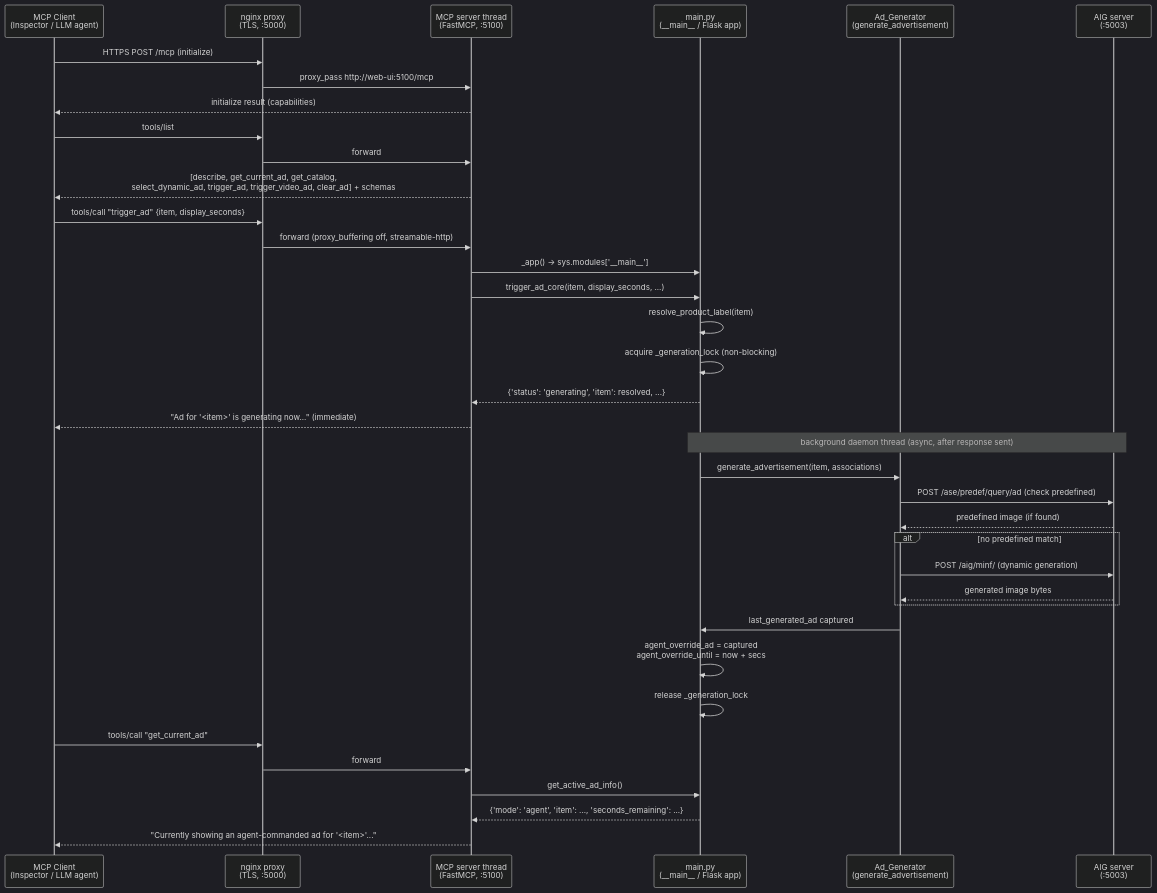
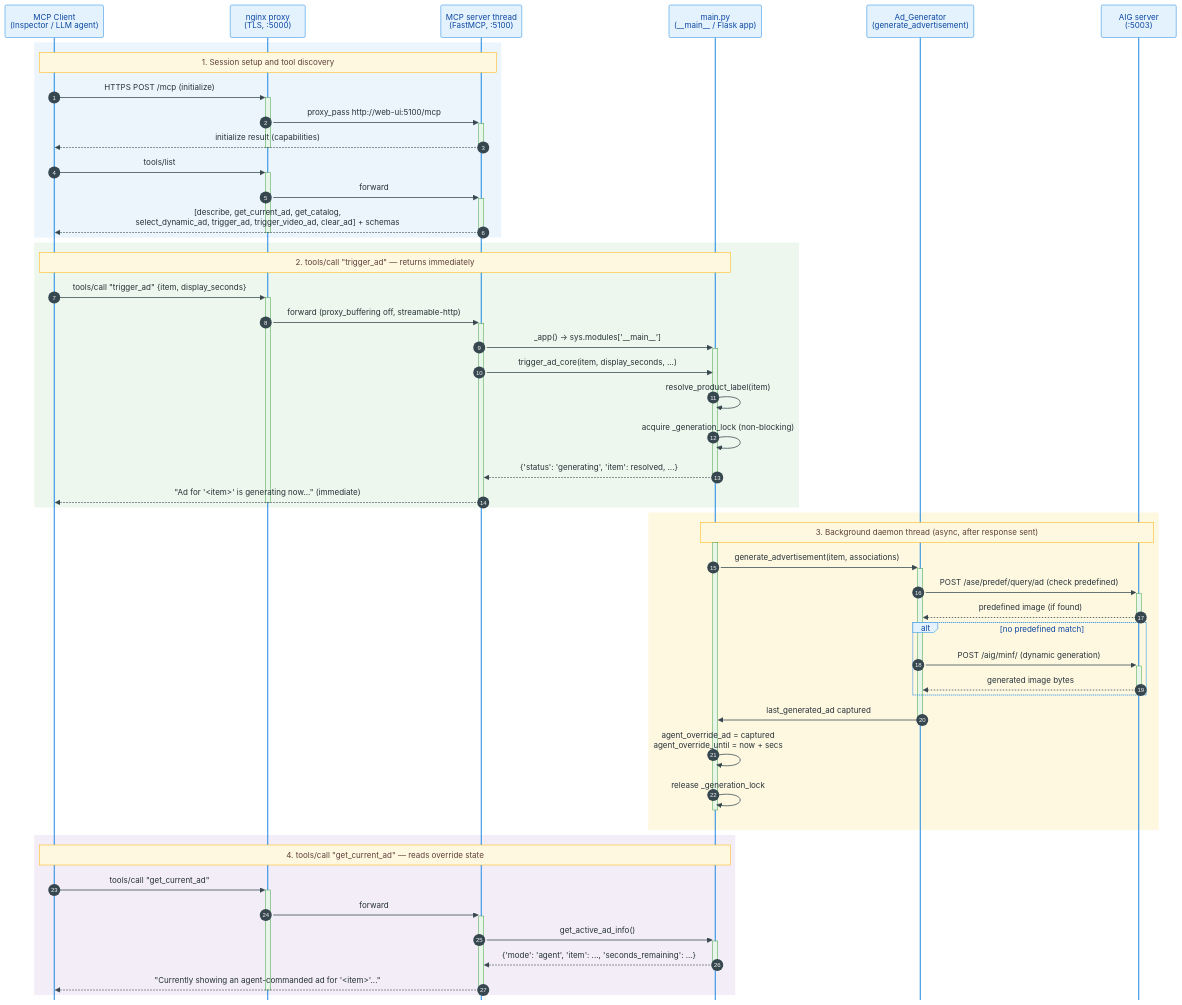
The first of 2 diagrams in docs/user-guide/how-to-guides/mcp-server-architecture.md (intel-retail/digital-signage), drawn with Mermaid before and after one commit. The commit also changed other lines of this file, not shown here.

First line of the commit message:
docs(mcp): make the architecture diagrams readable

````diff
--- a/docs/user-guide/how-to-guides/mcp-server-architecture.md
+++ b/docs/user-guide/how-to-guides/mcp-server-architecture.md
@@ -104,47 +104,82 @@
 ```mermaid
 ---
-config: {"theme": "dark"}
+config:
+  theme: base
+  themeVariables:
+    fontSize: 14px
+    actorBkg: "#E3F2FD"
+    actorBorder: "#1E88E5"
+    actorTextColor: "#0D47A1"
+    signalColor: "#37474F"
+    signalTextColor: "#263238"
+    noteBkgColor: "#FFF8E1"
+    noteBorderColor: "#FFB300"
+    noteTextColor: "#5D4037"
+    activationBkgColor: "#E8F5E9"
+    activationBorderColor: "#43A047"
+  sequence:
+    mirrorActors: false
+    messageAlign: center
+    actorMargin: 60
 ---
 sequenceDiagram
+    autonumber
     participant Client as MCP Client<br/>(Inspector / LLM agent)
     participant Nginx as nginx proxy<br/>(TLS, :5000)
     participant MCP as MCP server thread<br/>(FastMCP, :5100)
     participant Main as main.py<br/>(__main__ / Flask app)
     participant AdGen as Ad_Generator<br/>(generate_advertisement)
     participant AIG as AIG server<br/>(:5003)
 
-    Client->>Nginx: HTTPS POST /mcp (initialize)
-    Nginx->>MCP: proxy_pass http://web-ui:5100/mcp
-    MCP-->>Client: initialize result (capabilities)
+    rect rgb(236, 244, 252)
+        Note over Client,MCP: 1. Session setup and tool discovery
+        Client->>+Nginx: HTTPS POST /mcp (initialize)
+        Nginx->>+MCP: proxy_pass http://web-ui:5100/mcp
+        MCP-->>-Client: initialize result (capabilities)
+        deactivate Nginx
 
-    Client->>Nginx: tools/list
-    Nginx->>MCP: forward
-    MCP-->>Client: [describe, get_current_ad, get_catalog,<br/>select_dynamic_ad, trigger_ad, trigger_video_ad, clear_ad] + schemas
+        Client->>+Nginx: tools/list
+        Nginx->>+MCP: forward
+        MCP-->>-Client: [describe, get_current_ad, get_catalog,<br/>select_dynamic_ad, trigger_ad, trigger_video_ad, clear_ad] + schemas
+        deactivate Nginx
+    end
 
-    Client->>Nginx: tools/call "trigger_ad" {item, display_seconds}
-    Nginx->>MCP: forward (proxy_buffering off, streamable-http)
-    MCP->>Main: _app() -> sys.modules['__main__']
-    MCP->>Main: trigger_ad_core(item, display_seconds, ...)
-    Main->>Main: resolve_product_label(item)
-    Main->>Main: acquire _generation_lock (non-blocking)
-    Main-->>MCP: {'status': 'generating', 'item': resolved, ...}
-    MCP-->>Client: "Ad for '<item>' is generating now..." (immediate)
+    rect rgb(237, 247, 237)
+        Note over Client,Main: 2. tools/call "trigger_ad" — returns immediately
+        Client->>+Nginx: tools/call "trigger_ad" {item, display_seconds}
+        Nginx->>+MCP: forward (proxy_buffering off, streamable-http)
+        MCP->>+Main: _app() -> sys.modules['__main__']
+        MCP->>Main: trigger_ad_core(item, display_seconds, ...)
+        Main->>Main: resolve_product_label(item)
+        Main->>Main: acquire _generation_lock (non-blocking)
+        Main-->>-MCP: {'status': 'generating', 'item': resolved, ...}
+        MCP-->>-Client: "Ad for '<item>' is generating now..." (immediate)
+        deactivate Nginx
+    end
 
-    Note over Main,AIG: background daemon thread (async, after response sent)
-    Main->>AdGen: generate_advertisement(item, associations)
-    AdGen->>AIG: POST /ase/predef/query/ad (check predefined)
-    AIG-->>AdGen: predefined image (if found)
-    alt no predefined match
-        AdGen->>AIG: POST /aig/minf/ (dynamic generation)
-        AIG-->>AdGen: generated image bytes
+    rect rgb(255, 248, 225)
+        Note over Main,AIG: 3. Background daemon thread (async, after response sent)
+        activate Main
+        Main->>+AdGen: generate_advertisement(item, associations)
+        AdGen->>+AIG: POST /ase/predef/query/ad (check predefined)
+        AIG-->>-AdGen: predefined image (if found)
+        alt no predefined match
+            AdGen->>+AIG: POST /aig/minf/ (dynamic generation)
+            AIG-->>-AdGen: generated image bytes
+        end
+        AdGen->>-Main: last_generated_ad captured
+        Main->>Main: agent_override_ad = captured<br/>agent_override_until = now + secs
+        Main->>Main: release _generation_lock
+        deactivate Main
     end
-    AdGen->>Main: last_generated_ad captured
-    Main->>Main: agent_override_ad = captured<br/>agent_override_until = now + secs
-    Main->>Main: release _generation_lock
 
-    Client->>Nginx: tools/call "get_current_ad"
-    Nginx->>MCP: forward
-    MCP->>Main: get_active_ad_info()
-    Main-->>MCP: {'mode': 'agent', 'item': ..., 'seconds_remaining': ...}
-    MCP-->>Client: "Currently showing an agent-commanded ad for '<item>'..."
+    rect rgb(243, 237, 247)
+        Note over Client,Main: 4. tools/call "get_current_ad" — reads override state
+        Client->>+Nginx: tools/call "get_current_ad"
+        Nginx->>+MCP: forward
+        MCP->>+Main: get_active_ad_info()
+        Main-->>-MCP: {'mode': 'agent', 'item': ..., 'seconds_remaining': ...}
+        MCP-->>-Client: "Currently showing an agent-commanded ad for '<item>'..."
+        deactivate Nginx
+    end
 ```
````
